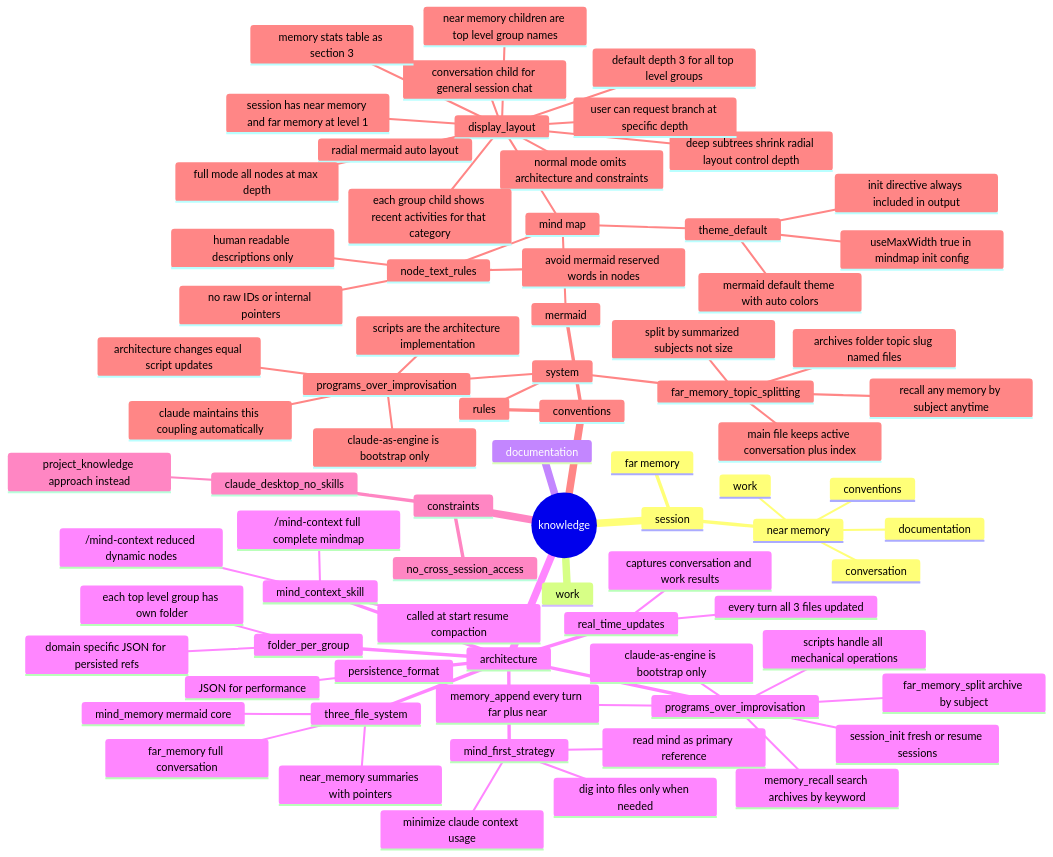
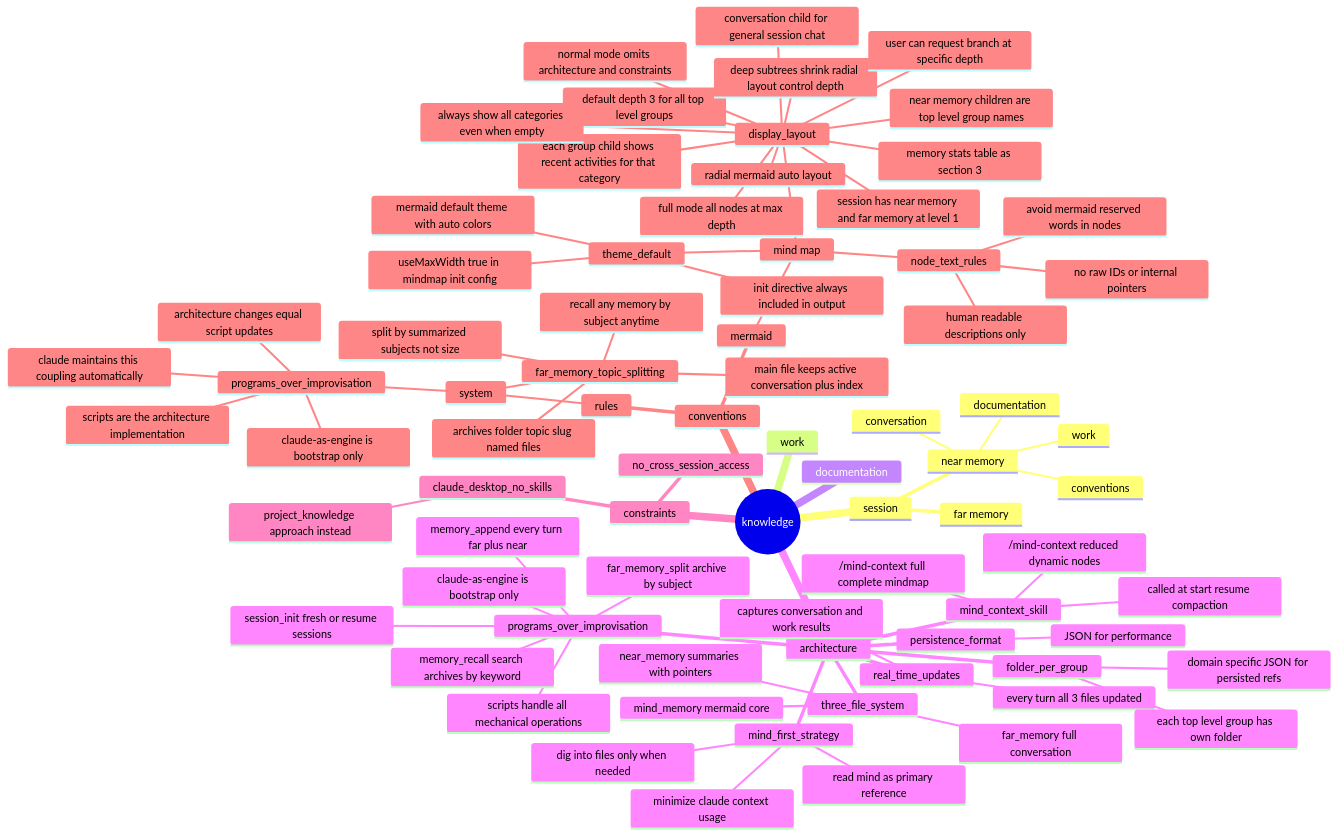
The diagram in mind/mind_memory.md (packetqc/K_DOCS), drawn with Mermaid before and after one commit. The commit also changed 4 other files, not shown here.

````diff
--- a/mind/mind_memory.md
+++ b/mind/mind_memory.md
@@ -1,81 +1,82 @@
 ```mermaid
 %%{init: {'theme': 'default', 'mindmap': {'useMaxWidth': true}}}%%
 mindmap
   root((knowledge))
     session
       near memory
         conversation
         conventions
         work
         documentation
       far memory
     work
     documentation
     architecture
       persistence_format
         JSON for performance
       three_file_system
         far_memory full conversation
         near_memory summaries with pointers
         mind_memory mermaid core
       mind_first_strategy
         read mind as primary reference
         dig into files only when needed
         minimize claude context usage
       real_time_updates
         every turn all 3 files updated
         captures conversation and work results
       folder_per_group
         each top level group has own folder
         domain specific JSON for persisted refs
       mind_context_skill
         /mind-context reduced dynamic nodes
         /mind-context full complete mindmap
         called at start resume compaction
       programs_over_improvisation
         claude-as-engine is bootstrap only
         scripts handle all mechanical operations
         memory_append every turn far plus near
         far_memory_split archive by subject
         memory_recall search archives by keyword
         session_init fresh or resume sessions
     constraints
       no_cross_session_access
       claude_desktop_no_skills
         project_knowledge approach instead
     conventions
       rules
         system
           programs_over_improvisation
             claude-as-engine is bootstrap only
             scripts are the architecture implementation
             architecture changes equal script updates
             claude maintains this coupling automatically
           far_memory_topic_splitting
             split by summarized subjects not size
             archives folder topic slug named files
             main file keeps active conversation plus index
             recall any memory by subject anytime
       mermaid
         mind map
           display_layout
             radial mermaid auto layout
             default depth 3 for all top level groups
             normal mode omits architecture and constraints
             deep subtrees shrink radial layout control depth
             full mode all nodes at max depth
             user can request branch at specific depth
             session has near memory and far memory at level 1
             near memory children are top level group names
             each group child shows recent activities for that category
             conversation child for general session chat
+            always show all categories even when empty
             memory stats table as section 3
           theme_default
             mermaid default theme with auto colors
             init directive always included in output
             useMaxWidth true in mindmap init config
           node_text_rules
             human readable descriptions only
             no raw IDs or internal pointers
             avoid mermaid reserved words in nodes
 ```
````
